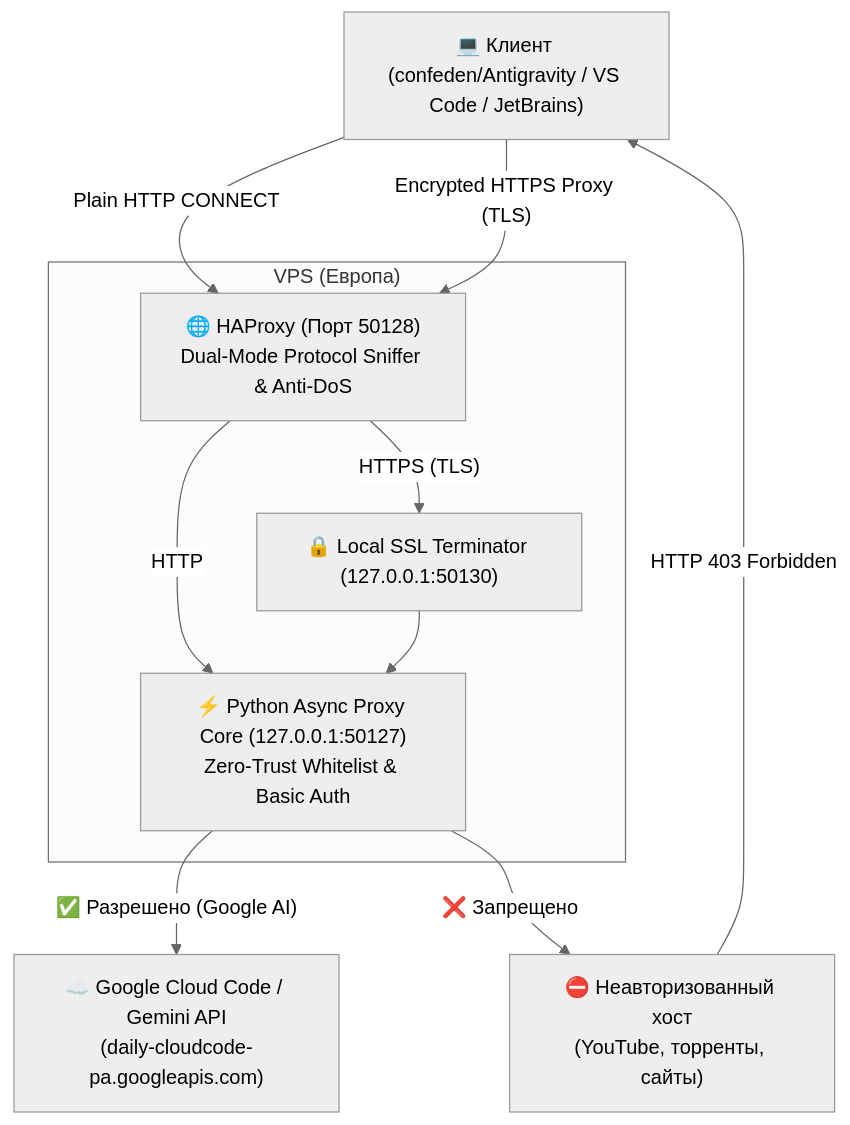
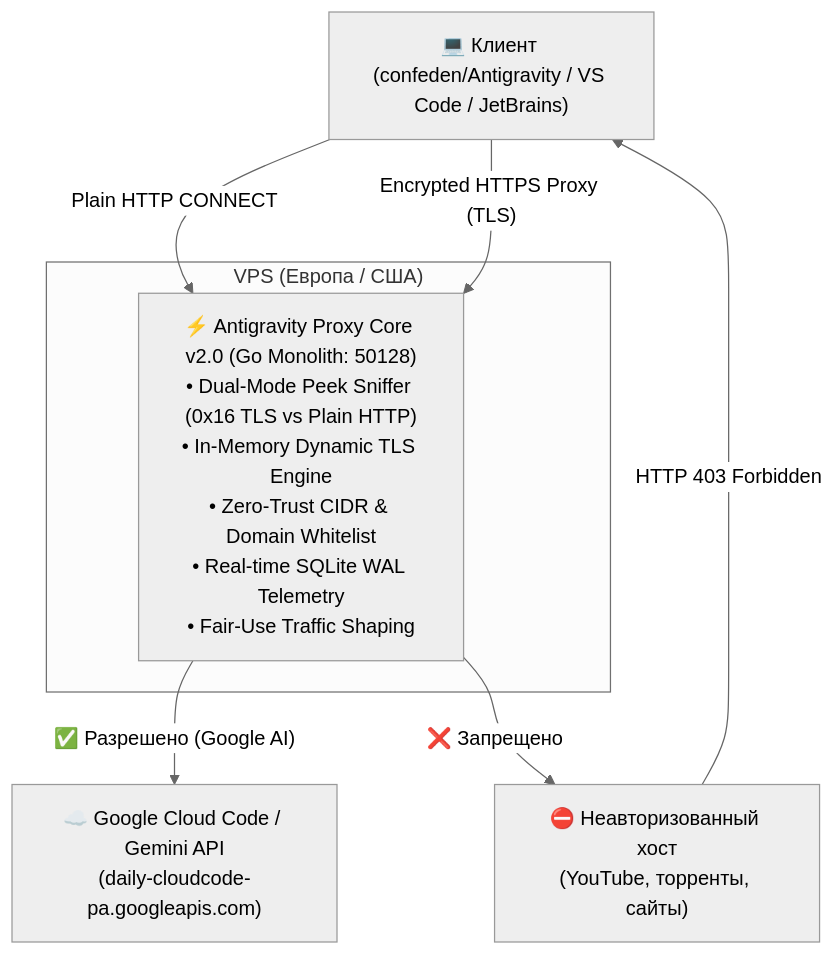
Before and after one commit to j46871417-ui/antigravity-proxy: the diagram in README.md, drawn with Mermaid (neutral theme). The commit also changed other lines of this file, not shown here.

Commit message:
docs: add Go monolith architecture diagram and benchmark results

````diff
--- a/README.md
+++ b/README.md
@@ -35,22 +35,17 @@
 ```mermaid
 graph TD
     Client["💻 Клиент (confeden/Antigravity / VS Code / JetBrains)"]
     
-    subgraph VPS["VPS (Европа)"]
-        HAProxy["🌐 HAProxy (Порт 50128)<br>Dual-Mode Protocol Sniffer & Anti-DoS"]
-        SSLTerm["🔒 Local SSL Terminator (127.0.0.1:50130)"]
-        Core["⚡ Python Async Proxy Core (127.0.0.1:50127)<br>Zero-Trust Whitelist & Basic Auth"]
+    subgraph VPS["VPS (Европа / США)"]
+        Core["⚡ Antigravity Proxy Core v2.0 (Go Monolith: 50128)<br>• Dual-Mode Peek Sniffer (0x16 TLS vs Plain HTTP)<br>• In-Memory Dynamic TLS Engine<br>• Zero-Trust CIDR & Domain Whitelist<br>• Real-time SQLite WAL Telemetry<br>• Fair-Use Traffic Shaping"]
     end
     
     Google["☁️ Google Cloud Code / Gemini API<br>(daily-cloudcode-pa.googleapis.com)"]
     Blocked["⛔ Неавторизованный хост<br>(YouTube, торренты, сайты)"]
     
-    Client -->|"Plain HTTP CONNECT"| HAProxy
-    Client -->|"Encrypted HTTPS Proxy (TLS)"| HAProxy
-    
-    HAProxy -->|"HTTP"| Core
-    HAProxy -->|"HTTPS (TLS)"| SSLTerm --> Core
+    Client -->|"Plain HTTP CONNECT"| Core
+    Client -->|"Encrypted HTTPS Proxy (TLS)"| Core
     
     Core -->|"✅ Разрешено (Google AI)"| Google
     Core -->|"❌ Запрещено"| Blocked -->|"HTTP 403 Forbidden"| Client
 ```
````
